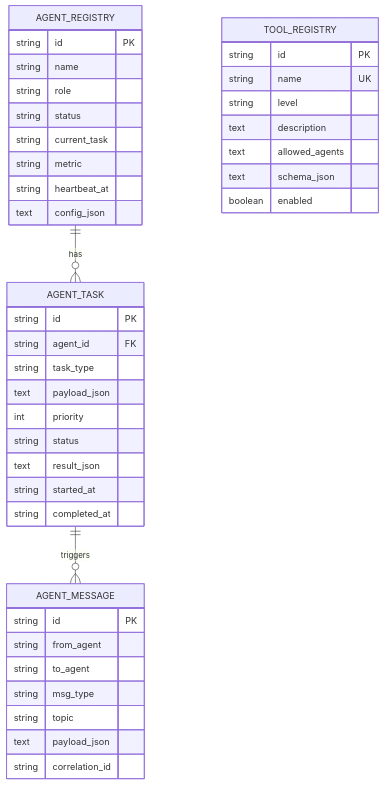
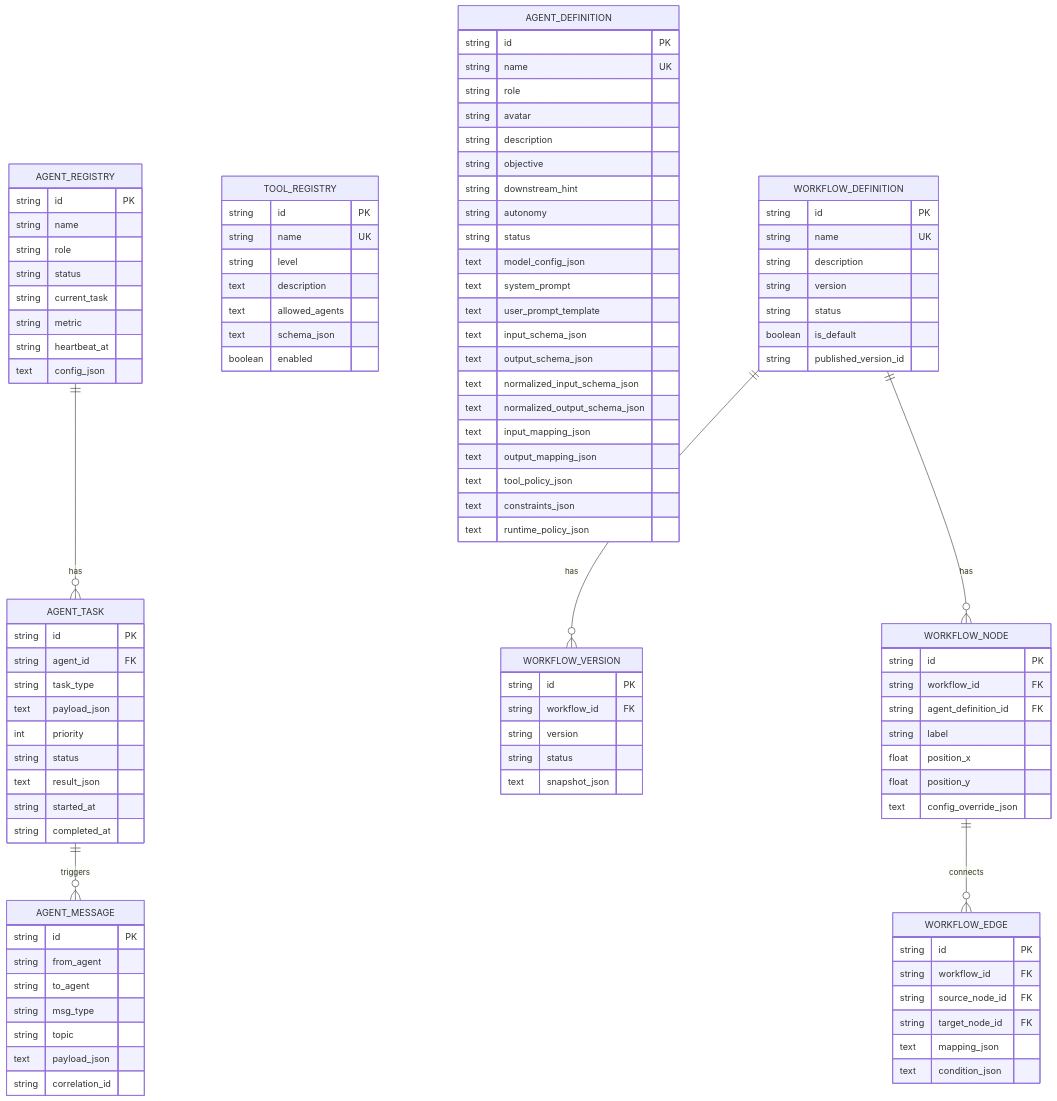
The sixth of 10 diagrams in .qoder/repowiki/zh/content/后端开发指南/服务层开发/策略生成服务/AI Agent协调机制.md (javelin-dot/llmine-quant), drawn with Mermaid before and after one commit. The commit also changed other lines of this file and 19 other files, not shown here.

````diff
--- a/.qoder/repowiki/zh/content/后端开发指南/服务层开发/策略生成服务/AI Agent协调机制.md
+++ b/.qoder/repowiki/zh/content/后端开发指南/服务层开发/策略生成服务/AI Agent协调机制.md
@@ -261,6 +304,65 @@
 text schema_json
 boolean enabled
 }
+AGENT_DEFINITION {
+string id PK
+string name UK
+string role
+string avatar
+string description
+string objective
+string downstream_hint
+string autonomy
+string status
+text model_config_json
+text system_prompt
+text user_prompt_template
+text input_schema_json
+text output_schema_json
+text normalized_input_schema_json
+text normalized_output_schema_json
+text input_mapping_json
+text output_mapping_json
+text tool_policy_json
+text constraints_json
+text runtime_policy_json
+}
+WORKFLOW_DEFINITION {
+string id PK
+string name UK
+string description
+string version
+string status
+boolean is_default
+string published_version_id
+}
+WORKFLOW_VERSION {
+string id PK
+string workflow_id FK
+string version
+string status
+text snapshot_json
+}
+WORKFLOW_NODE {
+string id PK
+string workflow_id FK
+string agent_definition_id FK
+string label
+float position_x
+float position_y
+text config_override_json
+}
+WORKFLOW_EDGE {
+string id PK
+string workflow_id FK
+string source_node_id FK
+string target_node_id FK
+text mapping_json
+text condition_json
+}
 AGENT_REGISTRY ||--o{ AGENT_TASK : "has"
 AGENT_TASK ||--o{ AGENT_MESSAGE : "triggers"
+WORKFLOW_DEFINITION ||--o{ WORKFLOW_VERSION : "has"
+WORKFLOW_DEFINITION ||--o{ WORKFLOW_NODE : "has"
+WORKFLOW_NODE ||--o{ WORKFLOW_EDGE : "connects"
 ```
````
